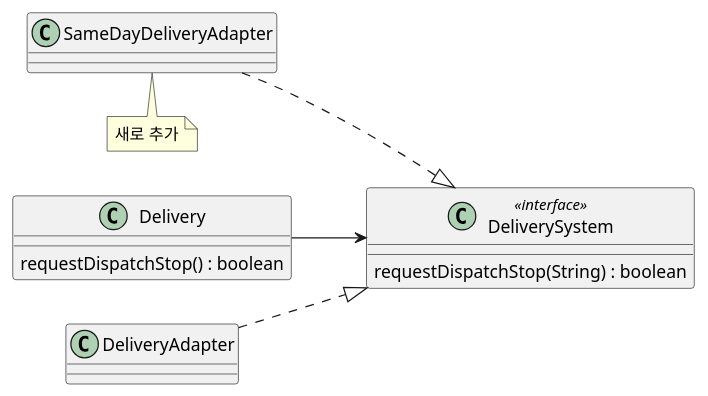
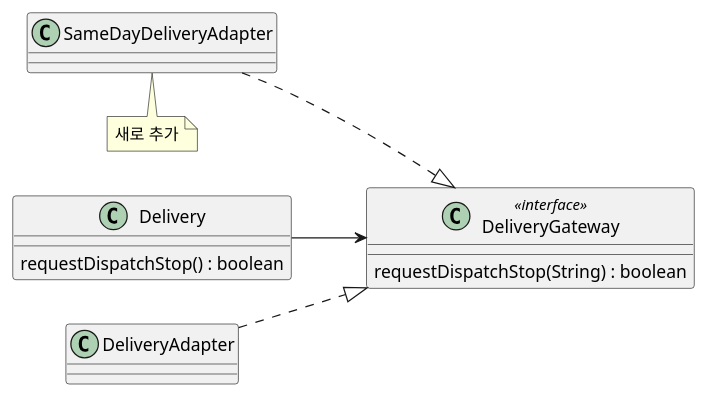
Before and after one commit to YoungSan77/TrainingMaterials: the third of 9 diagrams in courses/ooad/sessions/s08.md, drawn with PlantUML. The commit also changed other lines of this file and 154 other files, not shown here.

````diff
--- a/courses/ooad/sessions/s08.md
+++ b/courses/ooad/sessions/s08.md
@@ -498,19 +498,19 @@
 ```plantuml:class
 @startuml
 left to right direction
 class "Delivery" as D {
   requestDispatchStop() : boolean
 }
-class "DeliverySystem" as DS <<interface>> {
+class "DeliveryGateway" as DS <<interface>> {
   requestDispatchStop(String) : boolean
 }
 class "DeliveryAdapter" as A
 class "SameDayDeliveryAdapter" as S
 D --> DS
 A ..|> DS
 S ..|> DS
 note bottom of S
   새로 추가
 end note
 @enduml
 ```
````
